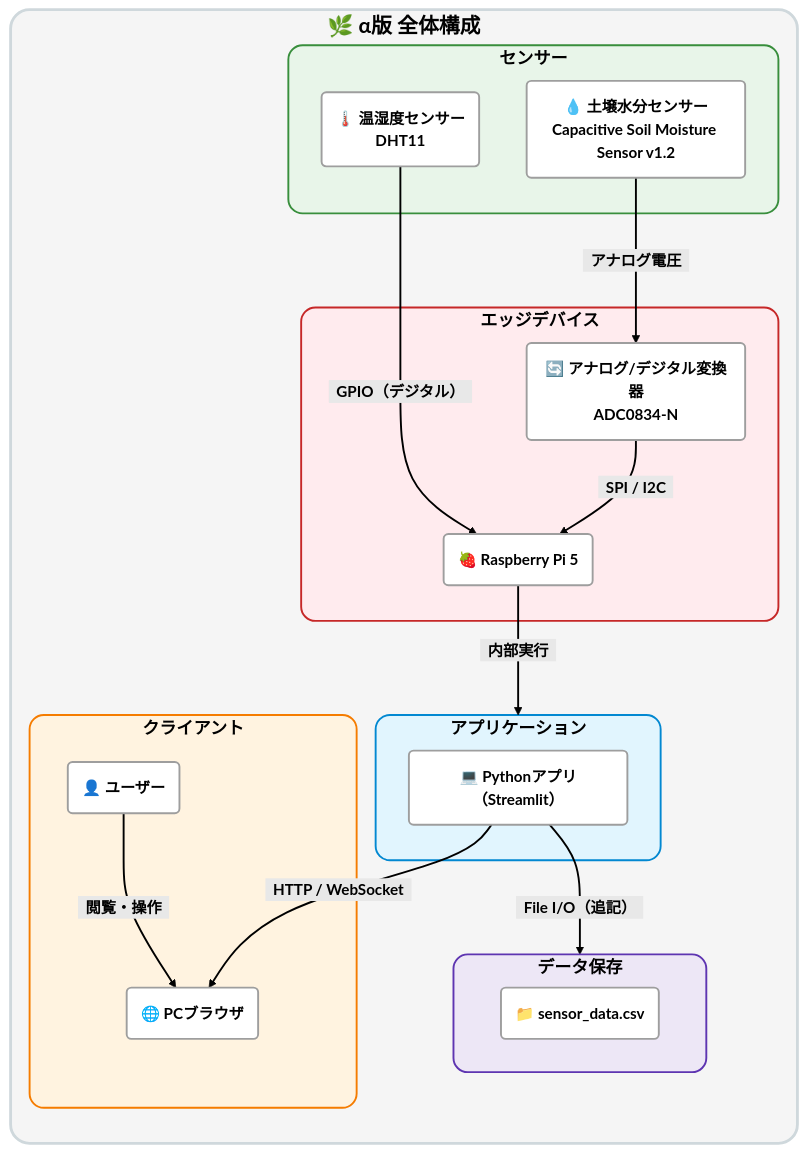
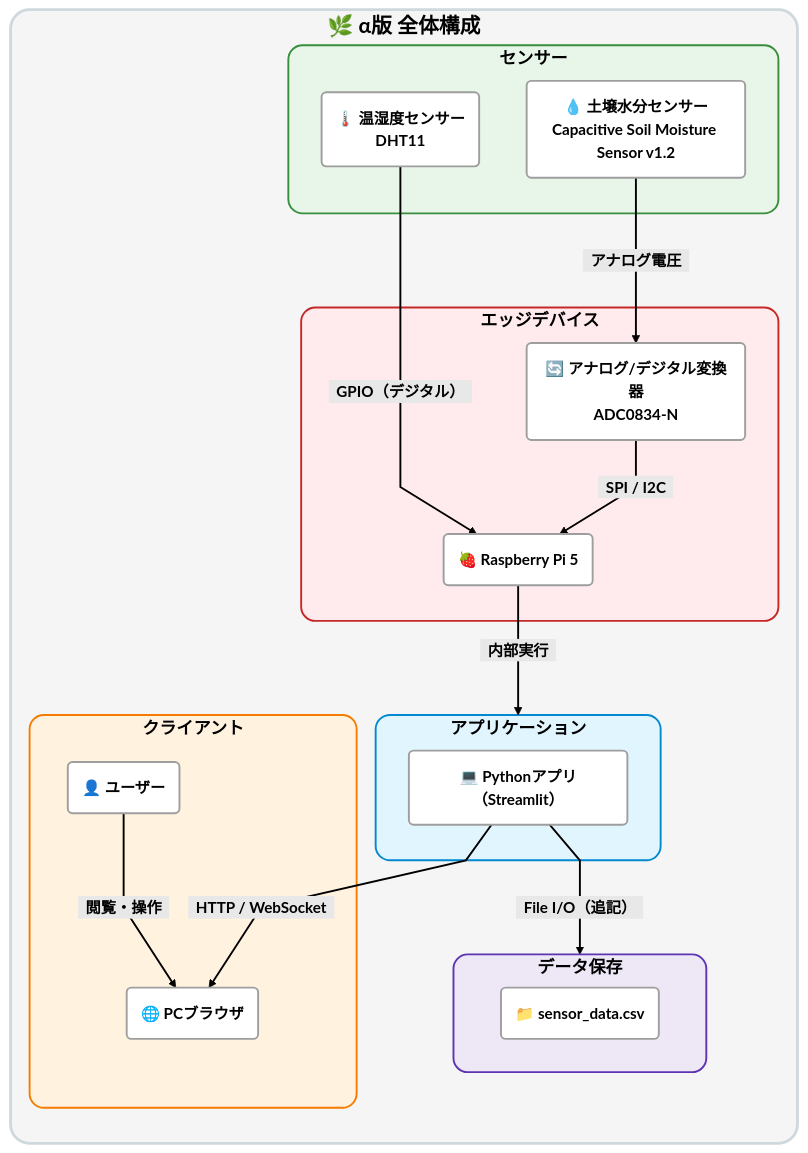
One commit to Mutou-dev123/plant-iot-system changed the second of 3 diagrams in README.md. Above: the diagram before and after it, drawn with Mermaid (forest theme). The commit also changed other lines of this file, not shown here.

````diff
--- a/README.md
+++ b/README.md
@@ -162,55 +167,58 @@
 ```mermaid
+
+%%{init: {'flowchart': {'curve': 'linear'}}}%%
+
 graph LR
     %% 矢印をすべて黒にする
     linkStyle default stroke:#000,stroke-width:2px,color:#000
 
     %% オブジェクトの背景を白、文字を黒で太字に設定
     classDef default fill:#ffffff,stroke:#9e9e9e,stroke-width:2px,color:#000,font-weight:bold
 
     %% タイトルをHTMLタグで黒に
     subgraph EntireSystem["<span style='font-size:22px; font-weight:bold; color:#000;'>🌿 α版 全体構成</span>"]
 
         subgraph Sensors["<span style='font-size:18px; font-weight:bold; color:#000;'>センサー</span>"]
             DHT11("🌡️ 温湿度センサー<br>DHT11")
             Soil("💧 土壌水分センサー<br>Capacitive Soil Moisture Sensor v1.2")
         end
 
         subgraph Edge["<span style='font-size:18px; font-weight:bold; color:#000;'>エッジデバイス</span>"]
             ADC("🔄 アナログ/デジタル変換器<br>ADC0834-N")
             RPI("🍓 Raspberry Pi 5")
         end
 
         subgraph App["<span style='font-size:18px; font-weight:bold; color:#000;'>アプリケーション</span>"]
             STREAM("💻 Pythonアプリ（Streamlit）")
         end
 
         subgraph Storage["<span style='font-size:18px; font-weight:bold; color:#000;'>データ保存</span>"]
             CSV("📁 sensor_data.csv")
         end
 
         subgraph Client["<span style='font-size:18px; font-weight:bold; color:#000;'>クライアント</span>"]
             Browser("🌐 PCブラウザ")
             User("👤 ユーザー")
         end
 
         %% 矢印の繋がり
         DHT11 -->|"<span style='background-color:#ffffff; color:#000; border-radius:10px; padding:2px 8px;'><b>GPIO（デジタル）</b></span>"| RPI
         Soil -->|"<span style='background-color:#ffffff; color:#000; border-radius:10px; padding:2px 8px;'><b>アナログ電圧</b></span>"| ADC
         ADC -->|"<span style='background-color:#ffffff; color:#000; border-radius:10px; padding:2px 8px;'><b>SPI / I2C</b></span>"| RPI
 
         RPI -->|"<span style='background-color:#ffffff; color:#000; border-radius:10px; padding:2px 8px;'><b>内部実行</b></span>"| App
         STREAM -->|"<span style='background-color:#ffffff; color:#000; border-radius:10px; padding:2px 8px;'><b>File I/O（追記）</b></span>"| Storage
         STREAM -->|"<span style='background-color:#ffffff; color:#000; border-radius:10px; padding:2px 8px;'><b>HTTP / WebSocket</b></span>"| Browser
         User -->|"<span style='background-color:#ffffff; color:#000; border-radius:10px; padding:2px 8px;'><b>閲覧・操作</b></span>"| Browser
     end
 
     %% ▼ 各パーツのデザイン設定
     style Sensors fill:#e8f5e9,stroke:#388e3c,stroke-width:2px,color:#000,rx:15,ry:15
     style Edge fill:#ffebee,stroke:#c62828,stroke-width:2px,color:#000,rx:15,ry:15
     style App fill:#e1f5fe,stroke:#0288d1,stroke-width:2px,color:#000,rx:15,ry:15
     style Storage fill:#ede7f6,stroke:#5e35b1,stroke-width:2px,color:#000,rx:15,ry:15
     style Client fill:#fff3e0,stroke:#f57c00,stroke-width:2px,color:#000,rx:15,ry:15
 
     %% ▼ 全体枠のデザイン設定
     style EntireSystem fill:#f5f5f5,stroke:#cfd8dc,stroke-width:3px,color:#000,rx:20,ry:20,stroke-dasharray: 5 5```
 ```
````
